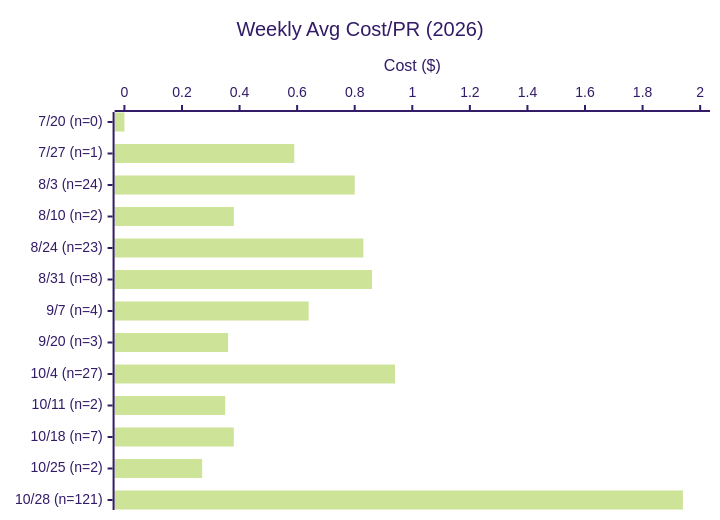
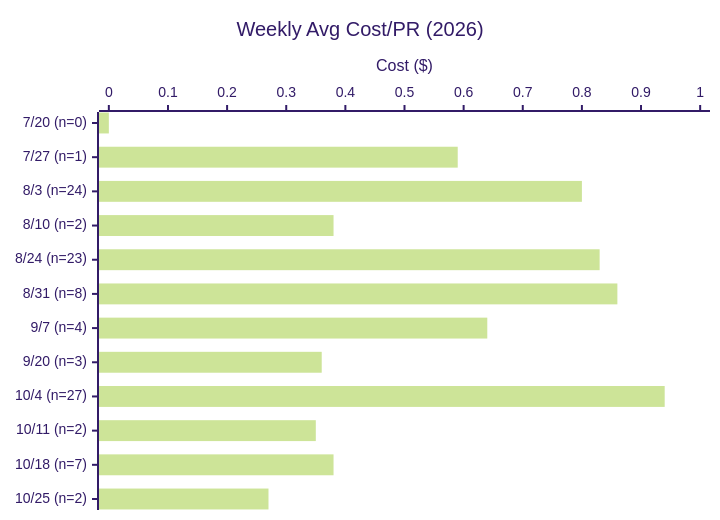
One commit to Bhavy-Ranka/patina changed the second of 3 diagrams in EVAL.md. Above: the diagram before and after it, drawn with Mermaid (forest theme). The commit also changed other lines of this file and 1 other file, not shown here.

````diff
--- a/EVAL.md
+++ b/EVAL.md
@@ -108,7 +108,7 @@
 ```mermaid
 xychart-beta horizontal
     title "Weekly Avg Cost/PR (2026)"
-    x-axis ["7/20 (n=0)", "7/27 (n=1)", "8/3 (n=24)", "8/10 (n=2)", "8/24 (n=23)", "8/31 (n=8)", "9/7 (n=4)", "9/20 (n=3)", "10/4 (n=27)", "10/11 (n=2)", "10/18 (n=7)", "10/25 (n=2)", "10/28 (n=121)"]
-    y-axis "Cost ($)" 0 --> 2
-    bar [0.00, 0.59, 0.80, 0.38, 0.83, 0.86, 0.64, 0.36, 0.94, 0.35, 0.38, 0.27, 1.94]
+    x-axis ["7/20 (n=0)", "7/27 (n=1)", "8/3 (n=24)", "8/10 (n=2)", "8/24 (n=23)", "8/31 (n=8)", "9/7 (n=4)", "9/20 (n=3)", "10/4 (n=27)", "10/11 (n=2)", "10/18 (n=7)", "10/25 (n=2)"]
+    y-axis "Cost ($)" 0 --> 1
+    bar [0.00, 0.59, 0.80, 0.38, 0.83, 0.86, 0.64, 0.36, 0.94, 0.35, 0.38, 0.27]
 ```
````
